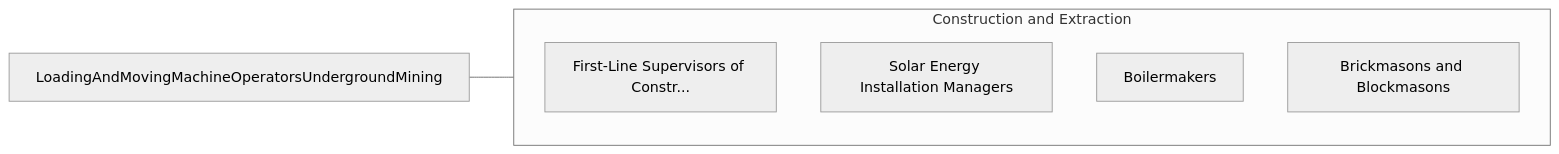
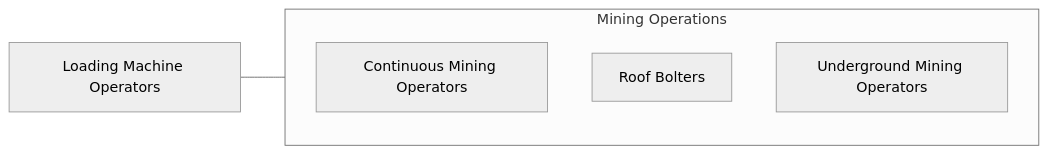
One commit to kziemski/business.org.ai changed the fourth of 4 diagrams in occupations/Construction/LoadingAndMovingMachineOperatorsUndergroundMining.mdx. Above: the diagram before and after it, drawn with Mermaid (neutral theme). The commit also changed other lines of this file and 938 other files, not shown here.

````diff
--- a/occupations/Construction/LoadingAndMovingMachineOperatorsUndergroundMining.mdx
+++ b/occupations/Construction/LoadingAndMovingMachineOperatorsUndergroundMining.mdx
@@ -107,13 +139,10 @@
 ```mermaid
 graph LR
-    Current["LoadingAndMovingMachineOperatorsUndergroundMining"]
-
-    subgraph SameCategory["Construction and Extraction"]
-        FirstLineSupervisors["First-Line Supervisors of Constr..."]
-        SolarEnergyInstallat["Solar Energy Installation Managers"]
-        Boilermakers["Boilermakers"]
-        BrickmasonsAndBlockm["Brickmasons and Blockmasons"]
+    Current["Loading Machine Operators"]
+    subgraph Mining["Mining Operations"]
+        Continuous["Continuous Mining Operators"]
+        RoofBolt["Roof Bolters"]
+        Underground["Underground Mining Operators"]
     end
-
-    Current --- SameCategory
+    Current --- Mining
 ```
````
